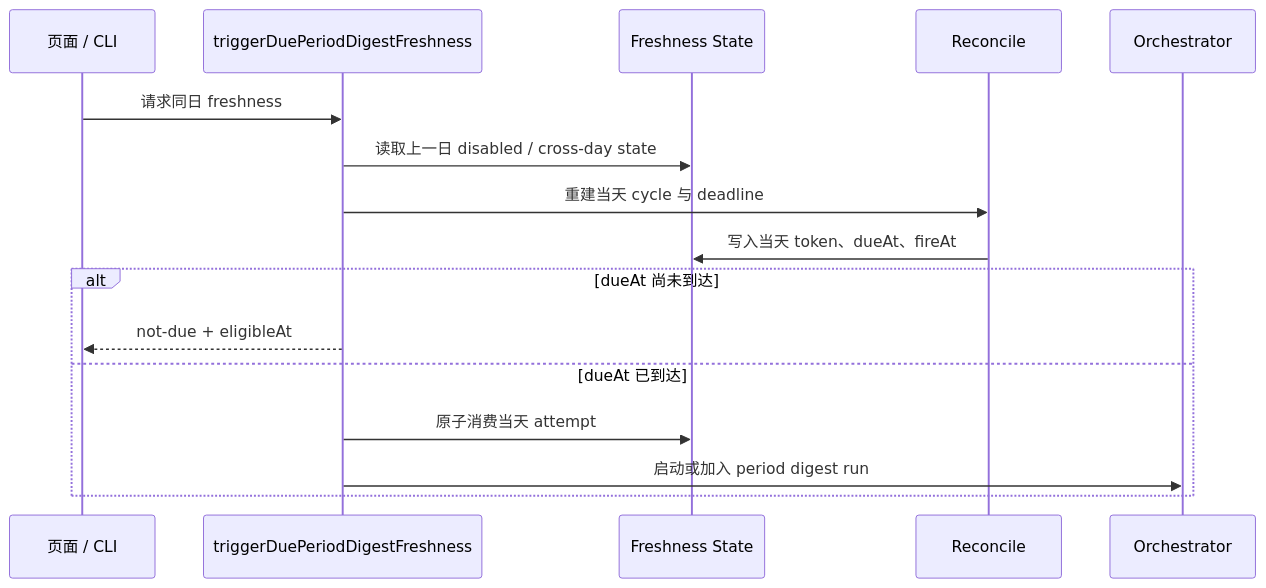
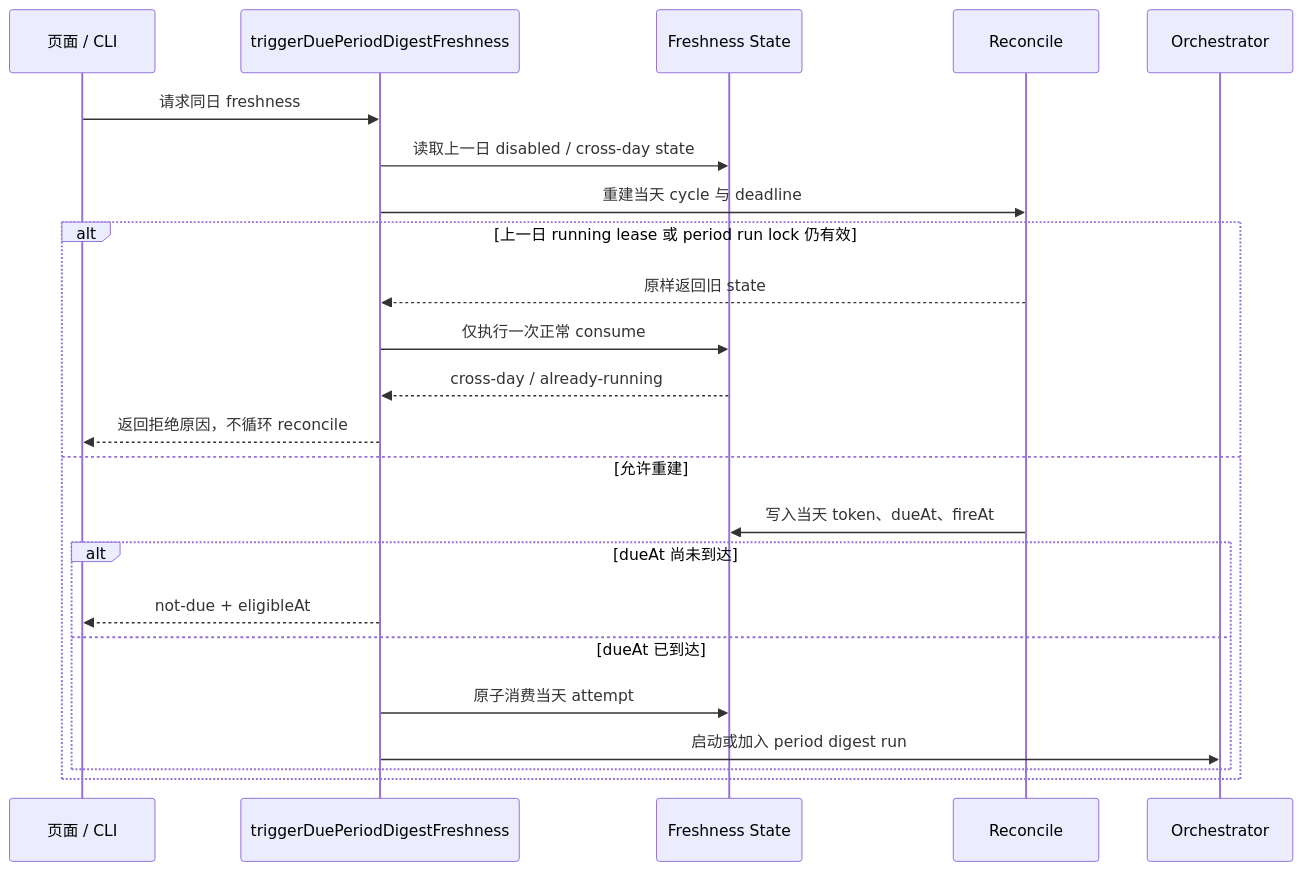
The third of 3 diagrams in docs/superpowers/specs/2026-08-22-issue-62-cross-midnight-freshness-design.md (friendfish/birdclaw), drawn with Mermaid before and after one commit. The commit also changed other lines of this file, not shown here.

````diff
--- a/docs/superpowers/specs/2026-08-22-issue-62-cross-midnight-freshness-design.md
+++ b/docs/superpowers/specs/2026-08-22-issue-62-cross-midnight-freshness-design.md
@@ -222,19 +232,26 @@
 ```mermaid
 sequenceDiagram
   participant P as 页面 / CLI
   participant T as triggerDuePeriodDigestFreshness
   participant S as Freshness State
   participant R as Reconcile
   participant O as Orchestrator
 
   P->>T: 请求同日 freshness
   T->>S: 读取上一日 disabled / cross-day state
   T->>R: 重建当天 cycle 与 deadline
-  R->>S: 写入当天 token、dueAt、fireAt
-  alt dueAt 尚未到达
-    T-->>P: not-due + eligibleAt
-  else dueAt 已到达
-    T->>S: 原子消费当天 attempt
-    T->>O: 启动或加入 period digest run
+  alt 上一日 running lease 或 period run lock 仍有效
+    R-->>T: 原样返回旧 state
+    T->>S: 仅执行一次正常 consume
+    S-->>T: cross-day / already-running
+    T-->>P: 返回拒绝原因，不循环 reconcile
+  else 允许重建
+    R->>S: 写入当天 token、dueAt、fireAt
+    alt dueAt 尚未到达
+      T-->>P: not-due + eligibleAt
+    else dueAt 已到达
+      T->>S: 原子消费当天 attempt
+      T->>O: 启动或加入 period digest run
+    end
   end
 ```
````
